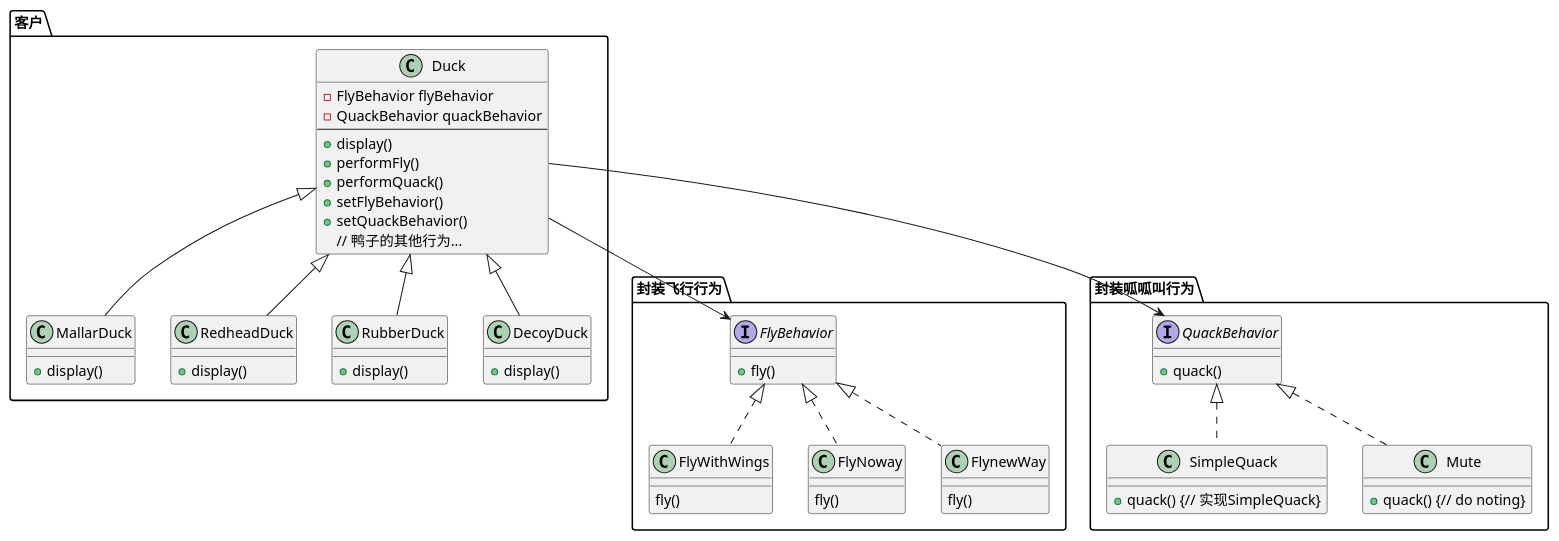
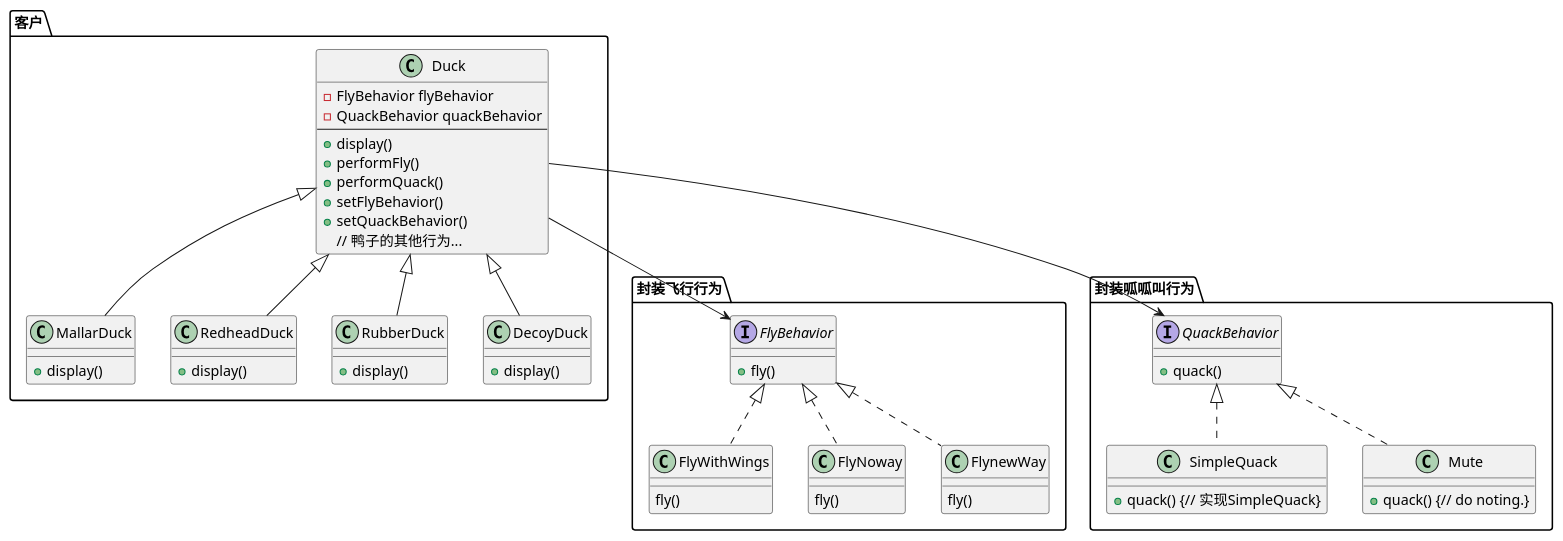
One commit to jwbecalm/Head-First-Design-Patterns-in-CPP changed the diagram in ch01_Strategy/Strategy.plantuml. Above: the diagram before and after it, drawn with PlantUML. The commit also changed other lines of this file, not shown here.

```diff
--- a/ch01_Strategy/Strategy.plantuml
+++ b/ch01_Strategy/Strategy.plantuml
@@ -1,63 +1,63 @@
 @startuml Strategy Pattern
 package "客户"{
 class Duck
 {
     - FlyBehavior flyBehavior
     - QuackBehavior quackBehavior
     --
     + display()
     + performFly()
     + performQuack()
     + setFlyBehavior()
     + setQuackBehavior()
     // 鸭子的其他行为...
 }
 
 
 
 class MallarDuck extends Duck{
     +display()
 }
 class RedheadDuck extends Duck{
     +display()
 }
 class RubberDuck extends Duck{
     +display()
 }
 class DecoyDuck extends Duck{
     +display()
 }
 }
 package "封装飞行行为" {
 Duck -->FlyBehavior
 interface FlyBehavior{
     +fly()
 }
 
 
 class FlyWithWings implements FlyBehavior{
     fly()
 }
 class FlyNoway implements FlyBehavior{
     fly()
 }
 class FlynewWay implements FlyBehavior{
     fly()
 }
 }
 
 package "封装呱呱叫行为"{
 Duck -->QuackBehavior
 
 interface QuackBehavior{
     + quack()
 }
 class SimpleQuack implements QuackBehavior{
     + quack() {// 实现SimpleQuack}
 }
 class Mute implements QuackBehavior{
-    + quack() {// do noting}
+    + quack() {// do noting.}
 }
 
 }
 @enduml
```
